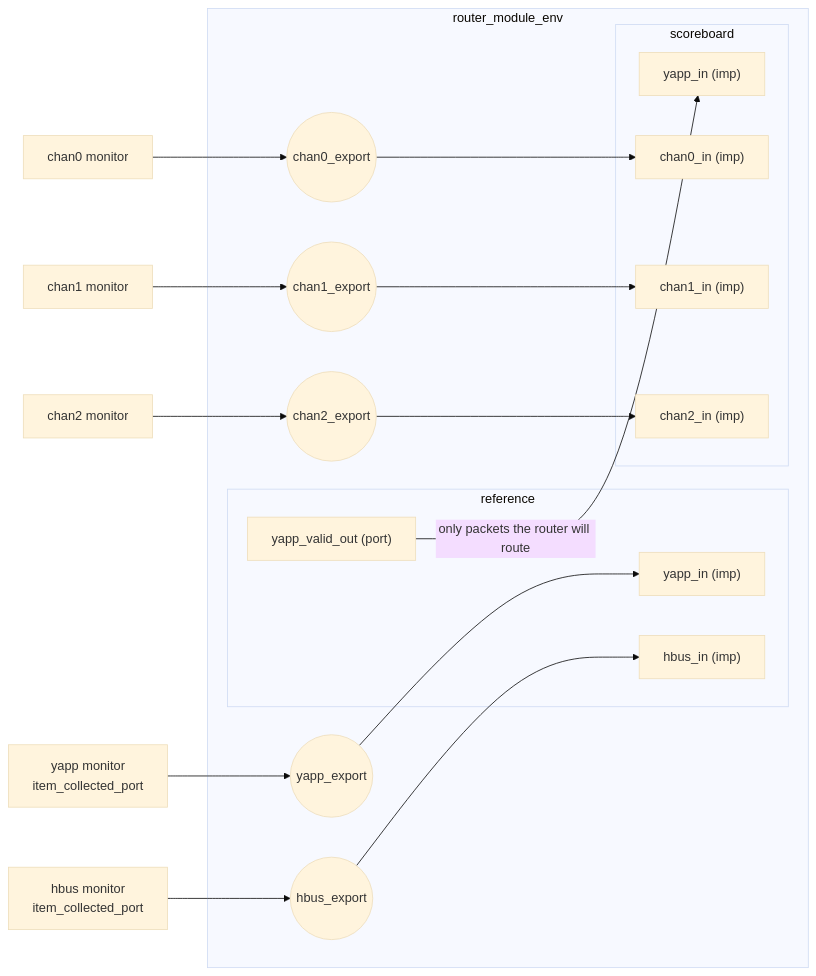
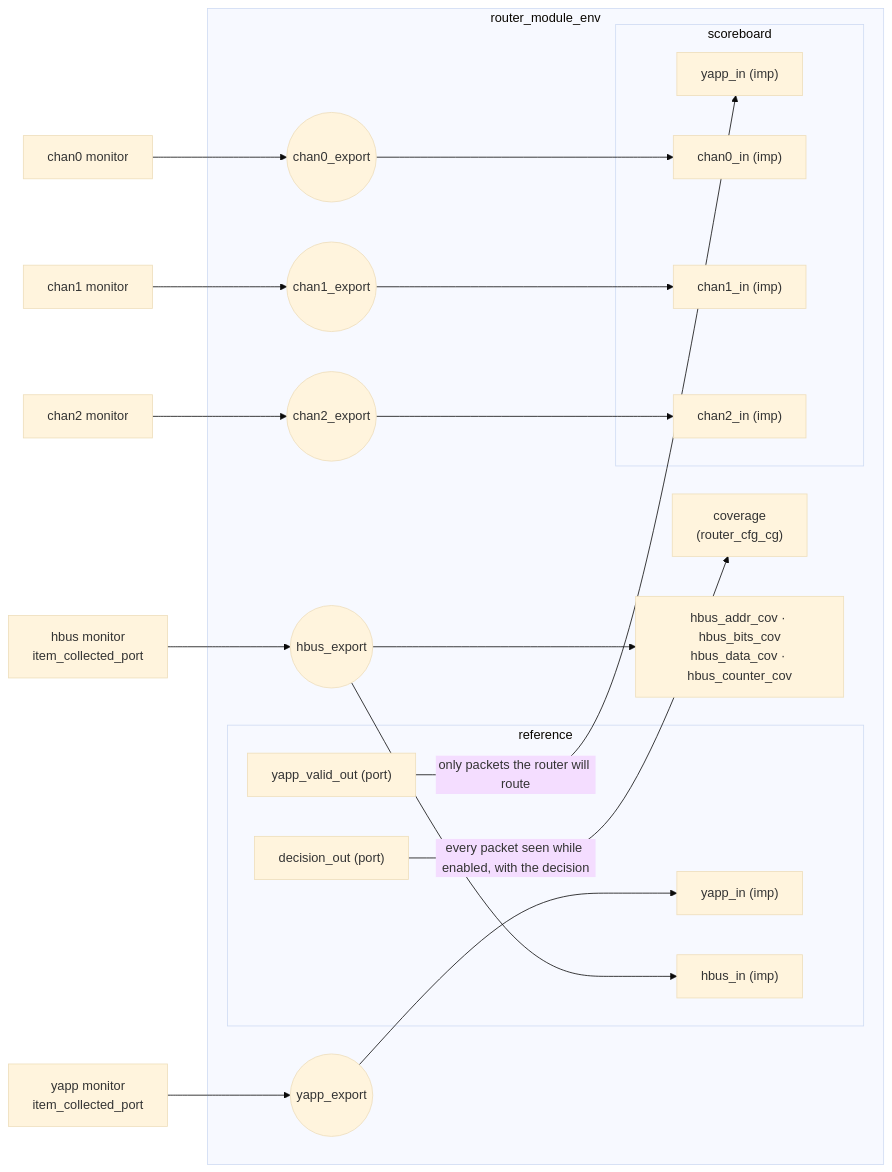
One commit to tamirgabgab/Qcom-Mentoring changed the second of 3 diagrams in docs/uvm/architecture.md. Above: the diagram before and after it, drawn with Mermaid (base theme). The commit also changed other lines of this file and 21 other files, not shown here.

````diff
--- a/docs/uvm/architecture.md
+++ b/docs/uvm/architecture.md
@@ -97,37 +102,42 @@
 ```mermaid
 flowchart LR
     ymon["yapp monitor<br/>item_collected_port"]
     hmon["hbus monitor<br/>item_collected_port"]
     c0["chan0 monitor"]
     c1["chan1 monitor"]
     c2["chan2 monitor"]
     subgraph env["router_module_env"]
         ye(("yapp_export"))
         he(("hbus_export"))
         c0e(("chan0_export"))
         c1e(("chan1_export"))
         c2e(("chan2_export"))
         subgraph ref["reference"]
             ryi["yapp_in (imp)"]
             rhi["hbus_in (imp)"]
             rvo["yapp_valid_out (port)"]
+            rdo["decision_out (port)"]
         end
+        cov["coverage<br/>(router_cfg_cg)"]
+        hcov["hbus_addr_cov · hbus_bits_cov<br/>hbus_data_cov · hbus_counter_cov"]
         subgraph sb["scoreboard"]
             syi["yapp_in (imp)"]
             s0["chan0_in (imp)"]
             s1["chan1_in (imp)"]
             s2["chan2_in (imp)"]
         end
         ye --> ryi
         he --> rhi
+        he --> hcov
+        rdo -->|"every packet seen while enabled, with the decision"| cov
         rvo -->|"only packets the router will route"| syi
         c0e --> s0
         c1e --> s1
         c2e --> s2
     end
     ymon --> ye
     hmon --> he
     c0 --> c0e
     c1 --> c1e
     c2 --> c2e
 ```
````
